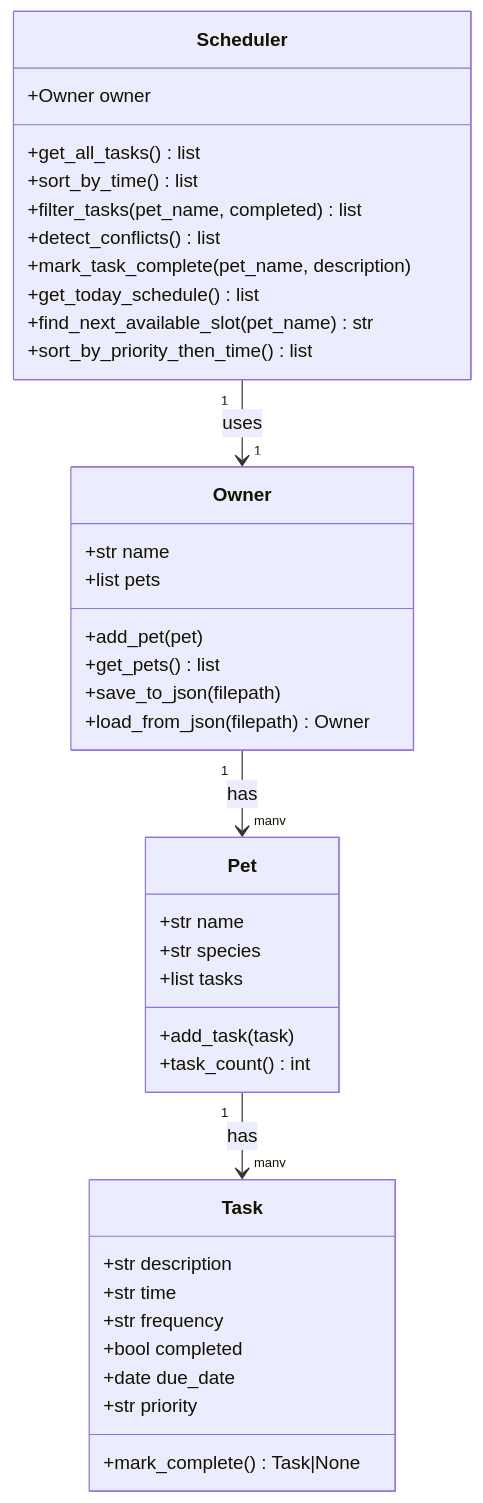
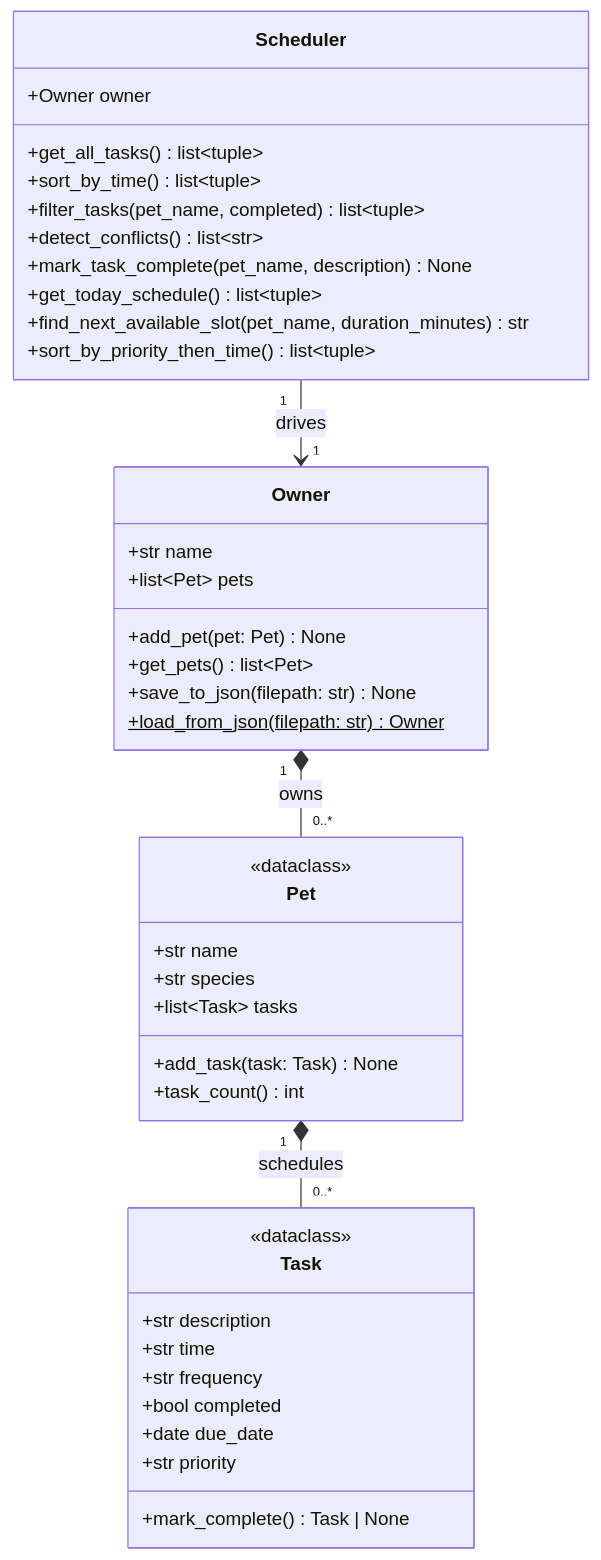
The diagram in README.md (tomiwaaluko/ai110-module2show-pawpal-starter), drawn with Mermaid before and after one commit. The commit also changed 1 other file, not shown here.

Commit message:
docs: append AI strategy reflection and finalize UML diagram

````diff
--- a/README.md
+++ b/README.md
@@ -82,42 +82,49 @@
 ```mermaid
 classDiagram
+    direction TB
+
     class Task {
+        <<dataclass>>
         +str description
         +str time
         +str frequency
         +bool completed
         +date due_date
         +str priority
-        +mark_complete() Task|None
+        +mark_complete() Task | None
     }
+
     class Pet {
+        <<dataclass>>
         +str name
         +str species
-        +list tasks
-        +add_task(task)
+        +list~Task~ tasks
+        +add_task(task: Task) None
         +task_count() int
     }
+
     class Owner {
         +str name
-        +list pets
-        +add_pet(pet)
-        +get_pets() list
-        +save_to_json(filepath)
-        +load_from_json(filepath) Owner
+        +list~Pet~ pets
+        +add_pet(pet: Pet) None
+        +get_pets() list~Pet~
+        +save_to_json(filepath: str) None
+        +load_from_json(filepath: str)$ Owner
     }
+
     class Scheduler {
         +Owner owner
-        +get_all_tasks() list
-        +sort_by_time() list
-        +filter_tasks(pet_name, completed) list
-        +detect_conflicts() list
-        +mark_task_complete(pet_name, description)
-        +get_today_schedule() list
-        +find_next_available_slot(pet_name) str
-        +sort_by_priority_then_time() list
+        +get_all_tasks() list~tuple~
+        +sort_by_time() list~tuple~
+        +filter_tasks(pet_name, completed) list~tuple~
+        +detect_conflicts() list~str~
+        +mark_task_complete(pet_name, description) None
+        +get_today_schedule() list~tuple~
+        +find_next_available_slot(pet_name, duration_minutes) str
+        +sort_by_priority_then_time() list~tuple~
     }
 
-    Owner "1" --> "many" Pet : has
-    Pet "1" --> "many" Task : has
-    Scheduler "1" --> "1" Owner : uses
+    Owner "1" *-- "0..*" Pet : owns
+    Pet "1" *-- "0..*" Task : schedules
+    Scheduler "1" --> "1" Owner : drives
 ```
````
